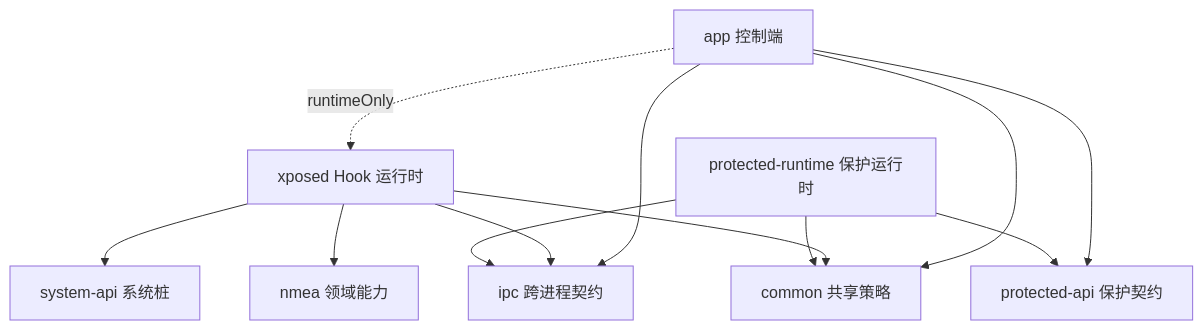
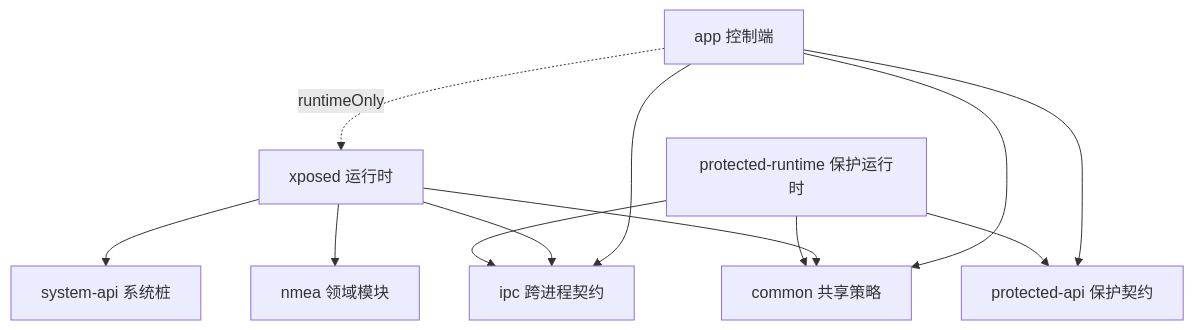
Before and after one commit to sparr-sherrya/hlocation-release: the second of 3 diagrams in README.md, drawn with Mermaid. The commit also changed other lines of this file and 3 other files, not shown here.

Commit message:
docs: publish formal architecture overview

````diff
--- a/README.md
+++ b/README.md
@@ -95,23 +91,23 @@
 ```mermaid
 flowchart TD
     APP[app 控制端]
-    XPOSED[xposed Hook 运行时]
+    XPOSED[xposed 运行时]
     IPC[ipc 跨进程契约]
     COMMON[common 共享策略]
-    SYS[system-api 系统桩]
-    NMEA[nmea 领域能力]
+    SYSTEM[system-api 系统桩]
+    NMEA[nmea 领域模块]
     PAPI[protected-api 保护契约]
     PRT[protected-runtime 保护运行时]
 
     APP -. runtimeOnly .-> XPOSED
     APP --> IPC
     APP --> COMMON
     APP --> PAPI
     XPOSED --> IPC
     XPOSED --> COMMON
-    XPOSED --> SYS
+    XPOSED --> SYSTEM
     XPOSED --> NMEA
     PRT --> PAPI
     PRT --> IPC
     PRT --> COMMON
 ```
````
